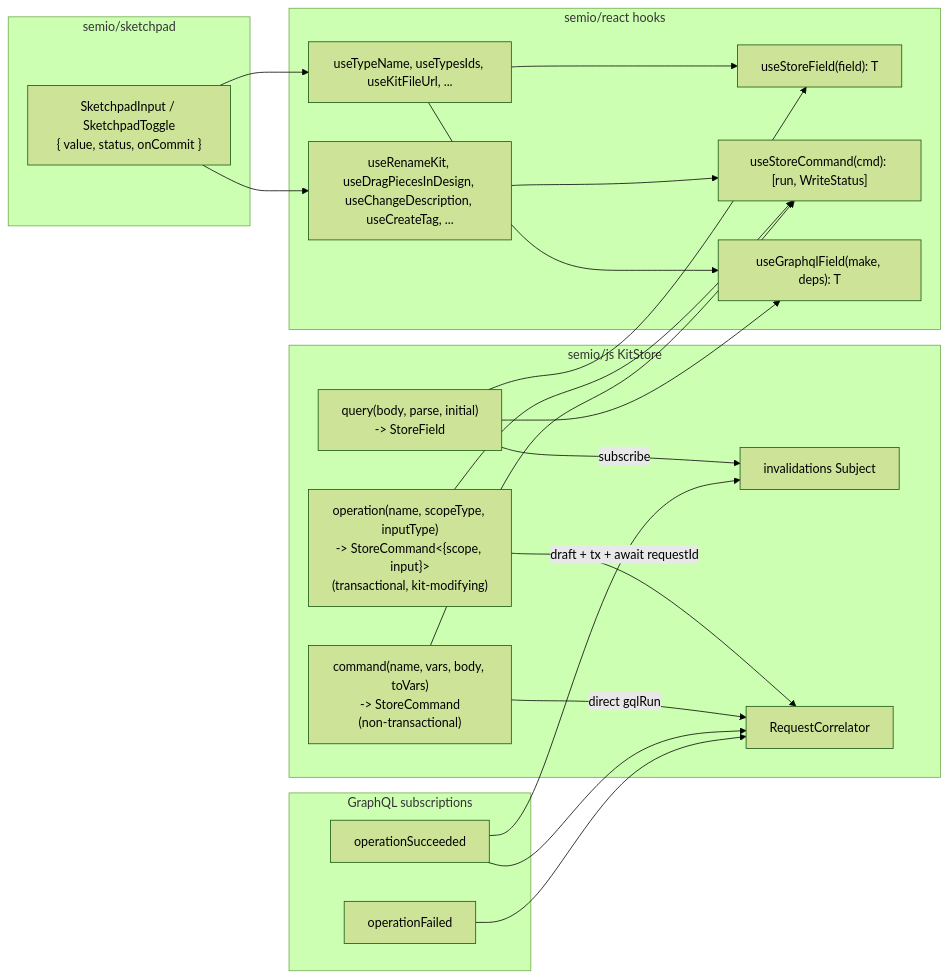
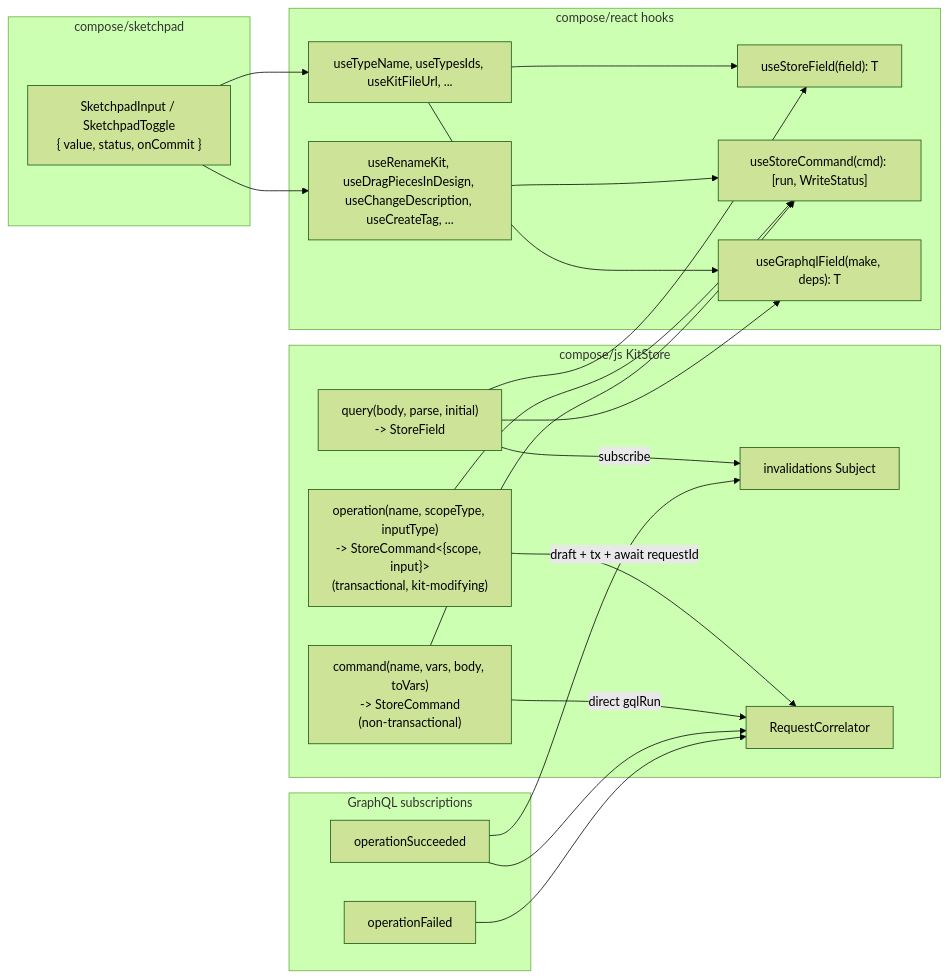
Before and after one commit to usalu/semio: the diagram in .cursor/plans/strict-read-write-hooks_b877f378.plan.md, drawn with Mermaid (forest theme). The commit also changed other lines of this file and 7735 other files, not shown here.

````diff
--- a/.cursor/plans/strict-read-write-hooks_b877f378.plan.md
+++ b/.cursor/plans/strict-read-write-hooks_b877f378.plan.md
@@ -41,37 +41,37 @@
 ```mermaid
 graph LR
-  subgraph SemioJs["semio/js KitStore"]
+  subgraph ComposeJs["compose/js KitStore"]
     Q["query<T>(body, parse, initial)<br/>-> StoreField<T>"]
     OP["operation<TScope, TInput>(name, scopeType, inputType)<br/>-> StoreCommand<{scope, input}><br/>(transactional, kit-modifying)"]
     CMD["command<TArgs>(name, vars, body, toVars)<br/>-> StoreCommand<TArgs><br/>(non-transactional)"]
     INVS["invalidations Subject<void>"]
     CORR["RequestCorrelator"]
     Q -- subscribe --> INVS
     OP -- draft + tx + await requestId --> CORR
     CMD -- direct gqlRun --> CORR
   end
   subgraph Sub["GraphQL subscriptions"]
     OS["operationSucceeded"] --> CORR
     OS --> INVS
     OF["operationFailed"] --> CORR
   end
-  subgraph SemioReact["semio/react hooks"]
+  subgraph ComposeReact["compose/react hooks"]
     USF["useStoreField(field): T"]
     USC["useStoreCommand(cmd): [run, WriteStatus]"]
     UGF["useGraphqlField(make, deps): T"]
     R["useTypeName, useTypesIds, useKitFileUrl, ..."]
     W["useRenameKit, useDragPiecesInDesign, useChangeDescription, useCreateTag, ..."]
     R --> USF
     R --> UGF
     W --> USC
   end
   Q --> USF
   Q --> UGF
   OP --> USC
   CMD --> USC
-  subgraph Sketchpad["semio/sketchpad"]
+  subgraph Sketchpad["compose/sketchpad"]
     Bind["SketchpadInput / SketchpadToggle<br/>{ value, status, onCommit }"]
     Bind --> R
     Bind --> W
   end
 ```
````
